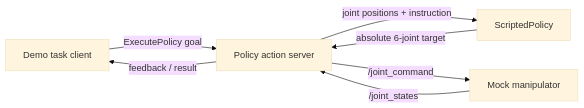
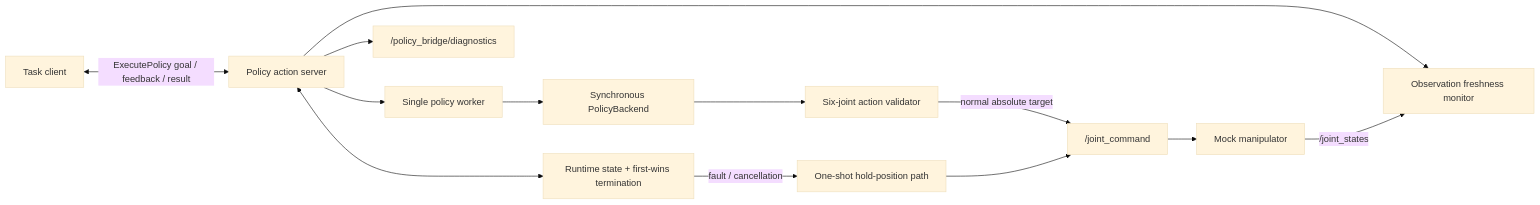
The diagram in README.md (Yanagisawa2002/PolicyBridge-ROS2), drawn with Mermaid (base theme) before and after one commit. The commit also changed other lines of this file and 12 other files, not shown here.

Commit message:
feat: add PolicyBridge runtime fault handling

````diff
--- a/README.md
+++ b/README.md
@@ -27,9 +23,15 @@
 ```mermaid
 flowchart LR
-    Client["Demo task client"] -->|"ExecutePolicy goal"| Server["Policy action server"]
-    Server -->|"feedback / result"| Client
-    Server -->|"joint positions + instruction"| Policy["ScriptedPolicy"]
-    Policy -->|"absolute 6-joint target"| Server
-    Server -->|"/joint_command"| Mock["Mock manipulator"]
-    Mock -->|"/joint_states"| Server
+    Client["Task client"] <-->|"ExecutePolicy goal / feedback / result"| Server["Policy action server"]
+    Server <--> Runtime["Runtime state + first-wins termination"]
+    Server --> Freshness["Observation freshness monitor"]
+    Server --> Worker["Single policy worker"]
+    Worker --> Backend["Synchronous PolicyBackend"]
+    Backend --> Validator["Six-joint action validator"]
+    Validator -->|"normal absolute target"| Command["/joint_command"]
+    Runtime -->|"fault / cancellation"| Hold["One-shot hold-position path"]
+    Hold --> Command
+    Command --> Mock["Mock manipulator"]
+    Mock -->|"/joint_states"| Freshness
+    Server --> Diagnostics["/policy_bridge/diagnostics"]
 ```
````
